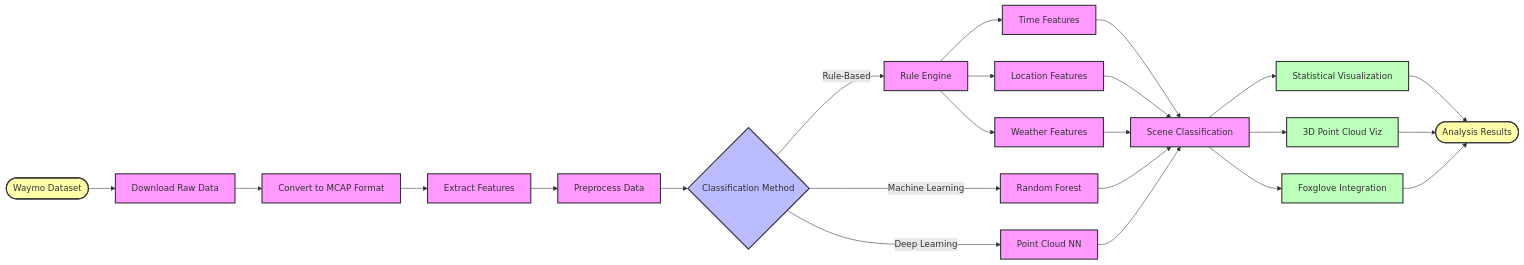
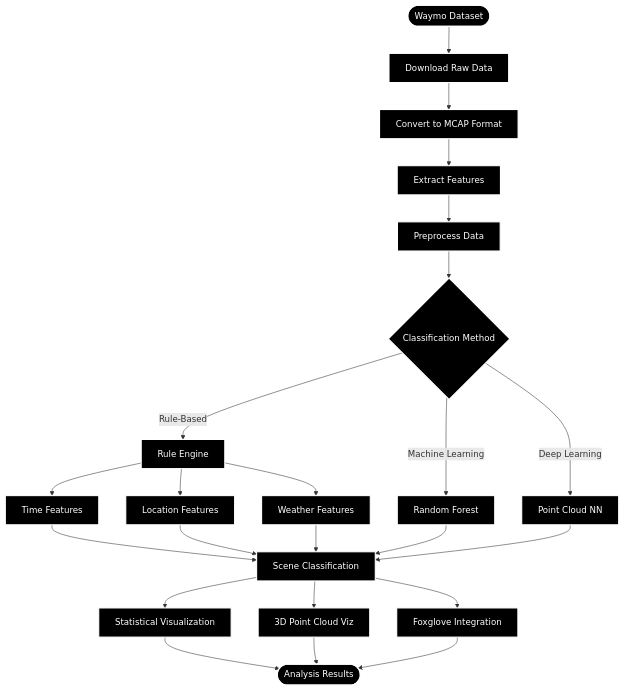
Before and after one commit to Rongxuan-Zhou/Scene-Classification-and-Visualization-Tools-Based-on-Waymo-Dataset: the diagram in README.md, drawn with Mermaid.

Commit message:
[03282025]Modified: README.md, flow chart staright down format

````diff
--- a/README.md
+++ b/README.md
@@ -28,49 +28,49 @@
 ```mermaid
-flowchart LR
+flowchart TD
     %% Data Acquisition and Processing
     A([Waymo Dataset]) --> B[Download Raw Data]
     B --> C[Convert to MCAP Format]
     C --> D[Extract Features]
     
     %% Feature Processing
     D --> E[Preprocess Data]
     E --> F{Classification Method}
     
     %% Classification Approaches
     F -->|Rule-Based| G[Rule Engine]
     F -->|Machine Learning| H[Random Forest]
     F -->|Deep Learning| I[Point Cloud NN]
     
     %% Feature Extraction
     G --> J[Time Features]
     G --> K[Location Features]
     G --> L[Weather Features]
     
     %% Results Processing
     J --> M[Scene Classification]
     K --> M
     L --> M
     H --> M
     I --> M
     
     %% Visualization
     M --> N[Statistical Visualization]
     M --> O[3D Point Cloud Viz]
     M --> P[Foxglove Integration]
     
     %% Output
     N --> Q([Analysis Results])
     O --> Q
     P --> Q
     
-    %% Styling
-    classDef process fill:#f9f,stroke:#333,stroke-width:2px
-    classDef decision fill:#bbf,stroke:#333,stroke-width:2px
-    classDef data fill:#ffa,stroke:#333,stroke-width:2px
-    classDef output fill:#bfb,stroke:#333,stroke-width:2px
+    %% Styling with black background and white text
+    classDef process fill:#000,stroke:#fff,stroke-width:2px,color:#fff
+    classDef decision fill:#000,stroke:#fff,stroke-width:2px,color:#fff
+    classDef data fill:#000,stroke:#fff,stroke-width:2px,color:#fff
+    classDef output fill:#000,stroke:#fff,stroke-width:2px,color:#fff
     
     class A,Q data
     class F decision
     class B,C,D,E,G,H,I,J,K,L,M process
     class N,O,P output
 ```
````
